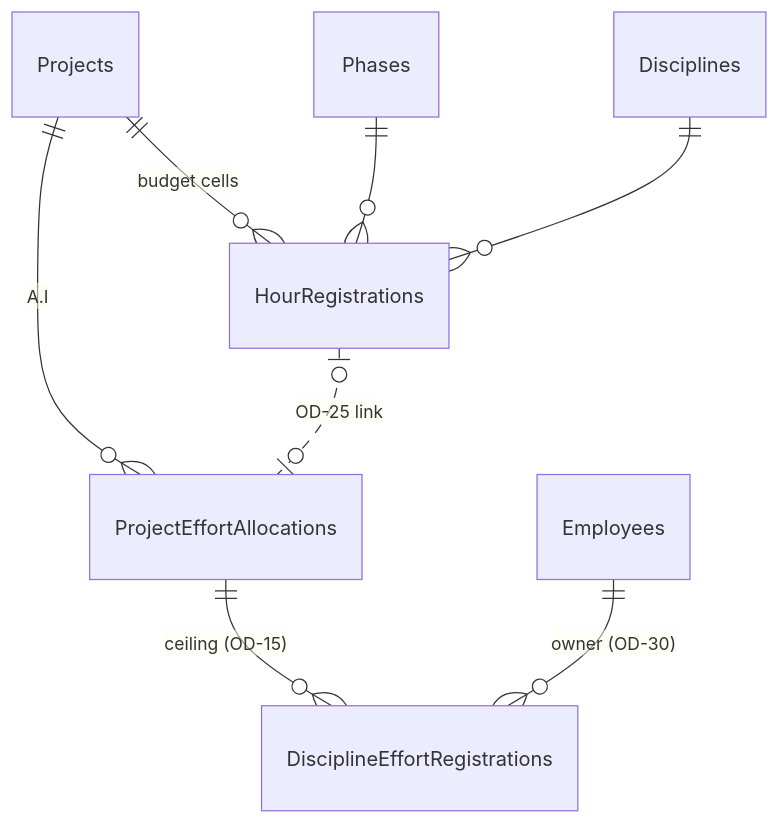
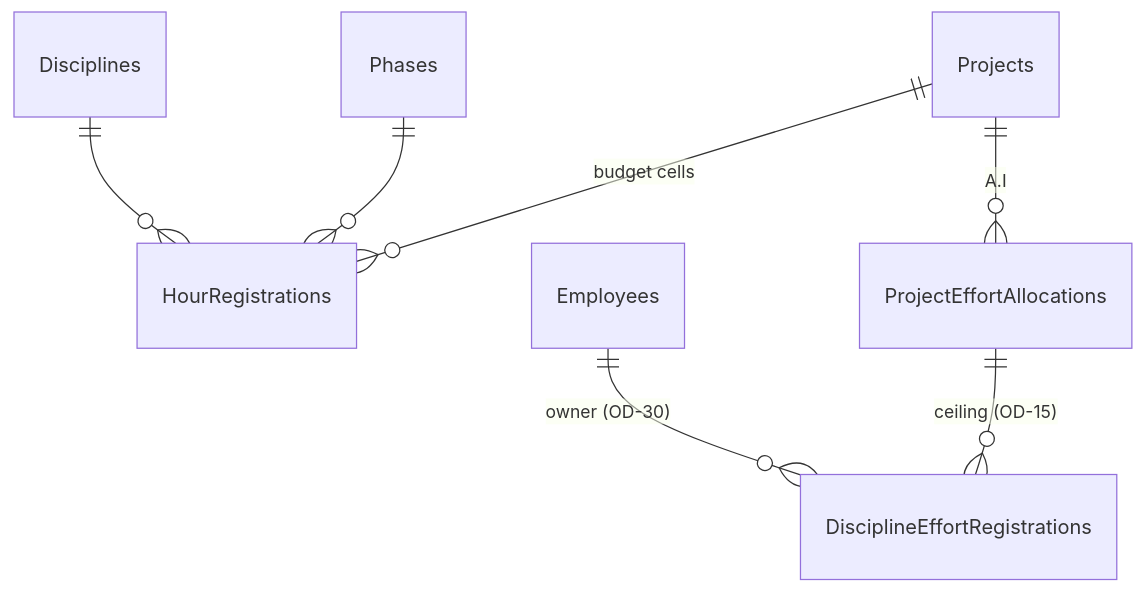
The third of 3 diagrams in openspec/changes/r3-planning-effort-hour-registration/design.md (tsaodemt/TimeSheet), drawn with Mermaid before and after one commit. The commit also changed other lines of this file and 8 other files, not shown here.

````diff
--- a/openspec/changes/r3-planning-effort-hour-registration/design.md
+++ b/openspec/changes/r3-planning-effort-hour-registration/design.md
@@ -128,10 +128,9 @@
 ```mermaid
 erDiagram
   Projects ||--o{ HourRegistrations : "budget cells"
   Phases ||--o{ HourRegistrations : ""
   Disciplines ||--o{ HourRegistrations : ""
   Projects ||--o{ ProjectEffortAllocations : "A.I"
   ProjectEffortAllocations ||--o{ DisciplineEffortRegistrations : "ceiling (OD-15)"
   Employees ||--o{ DisciplineEffortRegistrations : "owner (OD-30)"
-  HourRegistrations |o..o| ProjectEffortAllocations : "OD-25 link"
 ```
````
